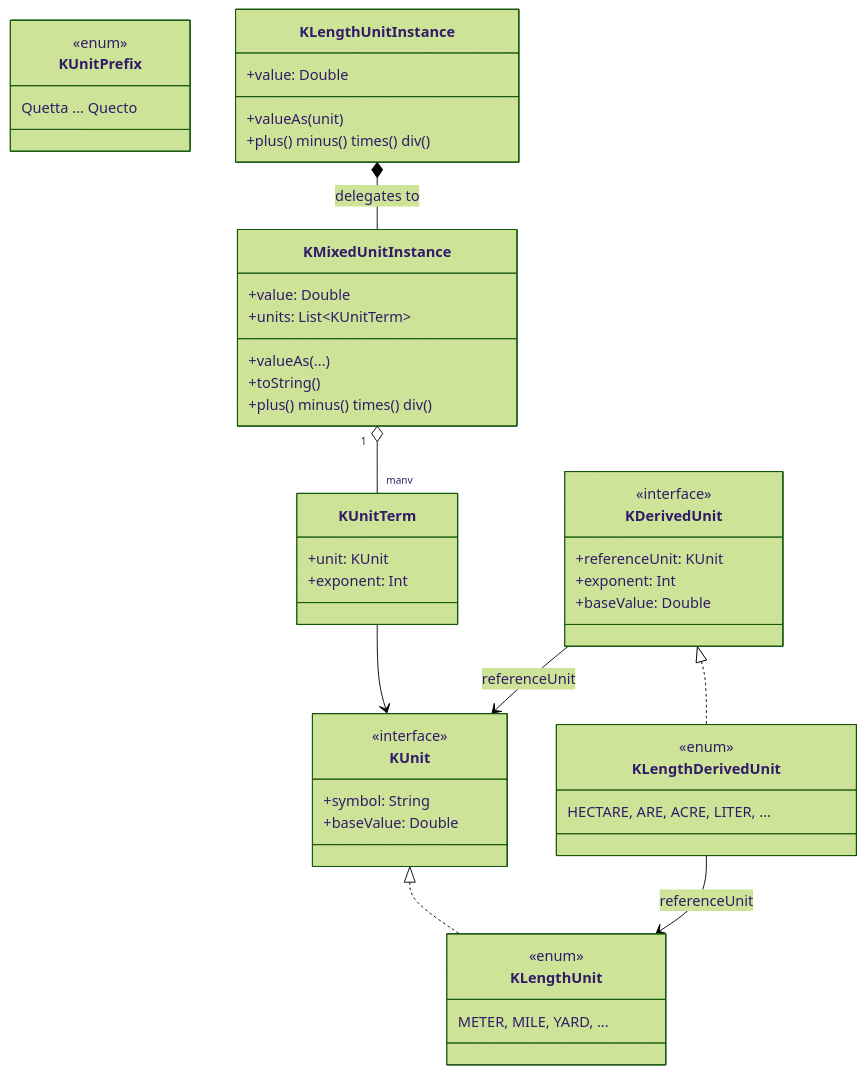
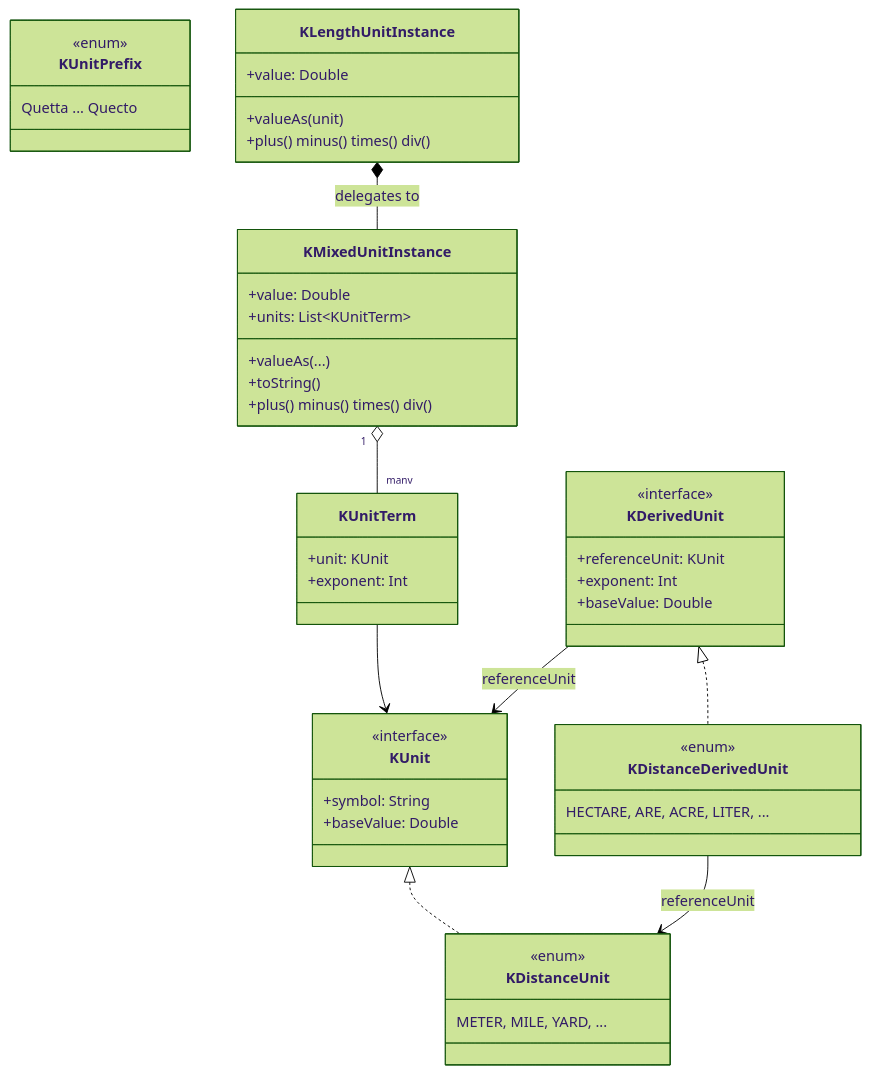
Before and after one commit to KleinerHacker/kunit: the diagram in README.md, drawn with Mermaid (forest theme). The commit also changed other lines of this file and 69 other files, not shown here.

````diff
--- a/README.md
+++ b/README.md
@@ -76,52 +76,52 @@
 ```mermaid
 classDiagram
     class KUnit {
         <<interface>>
         +symbol: String
         +baseValue: Double
     }
     class KMixedUnitInstance {
         +value: Double
         +units: List~KUnitTerm~
         +valueAs(...)
         +toString()
         +plus() minus() times() div()
     }
     class KUnitTerm {
         +unit: KUnit
         +exponent: Int
     }
     class KUnitPrefix {
         <<enum>>
         Quetta ... Quecto
     }
     class KDerivedUnit {
         <<interface>>
         +referenceUnit: KUnit
         +exponent: Int
         +baseValue: Double
     }
 
     KMixedUnitInstance "1" o-- "many" KUnitTerm
     KUnitTerm --> KUnit
     KDerivedUnit --> KUnit : referenceUnit
 
-    class KLengthUnit {
+    class KDistanceUnit {
         <<enum>>
         METER, MILE, YARD, ...
     }
     class KLengthUnitInstance {
         +value: Double
         +valueAs(unit)
         +plus() minus() times() div()
     }
-    class KLengthDerivedUnit {
+    class KDistanceDerivedUnit {
         <<enum>>
         HECTARE, ARE, ACRE, LITER, ...
     }
 
-    KUnit <|.. KLengthUnit
-    KDerivedUnit <|.. KLengthDerivedUnit
+    KUnit <|.. KDistanceUnit
+    KDerivedUnit <|.. KDistanceDerivedUnit
     KLengthUnitInstance *-- KMixedUnitInstance : delegates to
-    KLengthDerivedUnit --> KLengthUnit : referenceUnit
+    KDistanceDerivedUnit --> KDistanceUnit : referenceUnit
 ```
````
